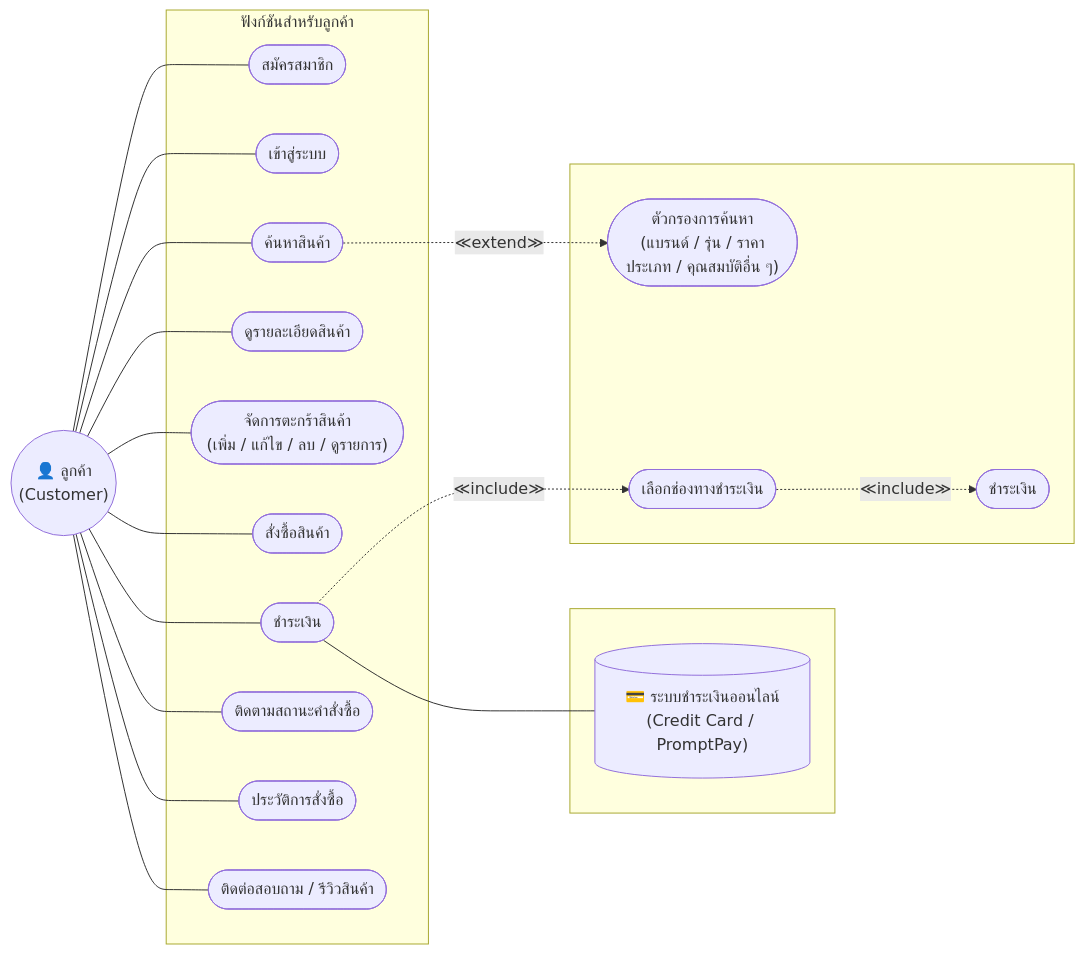
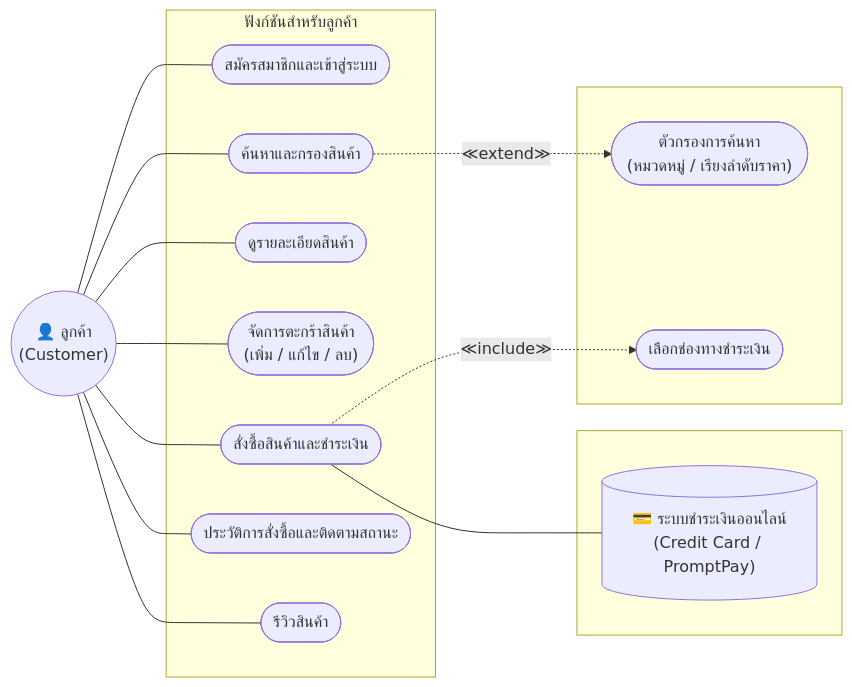
The first of 8 diagrams in README.md (ArGusmumumimi/PC-Center-), drawn with Mermaid before and after one commit. The commit also changed other lines of this file, not shown here.

````diff
--- a/README.md
+++ b/README.md
@@ -172,43 +170,35 @@
 ```mermaid
 flowchart LR
     Customer(("👤 ลูกค้า\n(Customer)"))
 
     subgraph OnlineStore_Customer["ฟังก์ชันสำหรับลูกค้า"]
-        UC1([สมัครสมาชิก])
-        UC2([เข้าสู่ระบบ])
-        UC3([ค้นหาสินค้า])
-        UC4([ดูรายละเอียดสินค้า])
-        UC5(["จัดการตะกร้าสินค้า\n(เพิ่ม / แก้ไข / ลบ / ดูรายการ)"])
-        UC6([สั่งซื้อสินค้า])
-        UC7([ชำระเงิน])
-        UC8([ติดตามสถานะคำสั่งซื้อ])
-        UC9([ประวัติการสั่งซื้อ])
-        UC10(["ติดต่อสอบถาม / รีวิวสินค้า"])
+        UC1([สมัครสมาชิกและเข้าสู่ระบบ])
+        UC2([ค้นหาและกรองสินค้า])
+        UC3([ดูรายละเอียดสินค้า])
+        UC4(["จัดการตะกร้าสินค้า\n(เพิ่ม / แก้ไข / ลบ)"])
+        UC5([สั่งซื้อสินค้าและชำระเงิน])
+        UC6([ประวัติการสั่งซื้อและติดตามสถานะ])
+        UC7([รีวิวสินค้า])
     end
 
     subgraph extend_include[" "]
-        UC3E(["ตัวกรองการค้นหา\n(แบรนด์ / รุ่น / ราคา\nประเภท / คุณสมบัติอื่น ๆ)"])
-        UC7I([เลือกช่องทางชำระเงิน])
-        UC7I2([ชำระเงิน])
+        UC2E(["ตัวกรองการค้นหา\n(หมวดหมู่ / เรียงลำดับราคา)"])
+        UC5I([เลือกช่องทางชำระเงิน])
     end
 
     subgraph ExtServices_1[" "]
         EXT1[("💳 ระบบชำระเงินออนไลน์\n(Credit Card / PromptPay)")]
     end
 
     Customer --- UC1
     Customer --- UC2
     Customer --- UC3
     Customer --- UC4
     Customer --- UC5
     Customer --- UC6
     Customer --- UC7
-    Customer --- UC8
-    Customer --- UC9
-    Customer --- UC10
 
-    UC3 -. "≪extend≫" .-> UC3E
-    UC7 -. "≪include≫" .-> UC7I
-    UC7I -. "≪include≫" .-> UC7I2
-    UC7 --- EXT1
+    UC2 -. "≪extend≫" .-> UC2E
+    UC5 -. "≪include≫" .-> UC5I
+    UC5 --- EXT1
 ```
````
